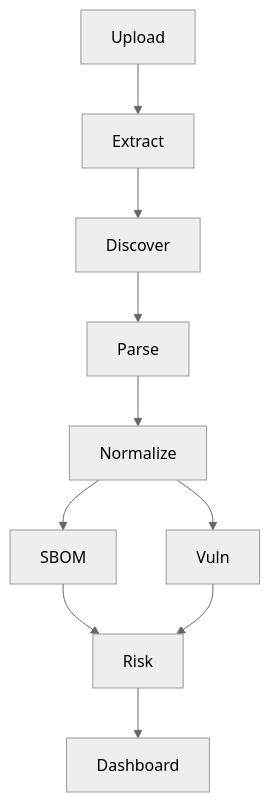
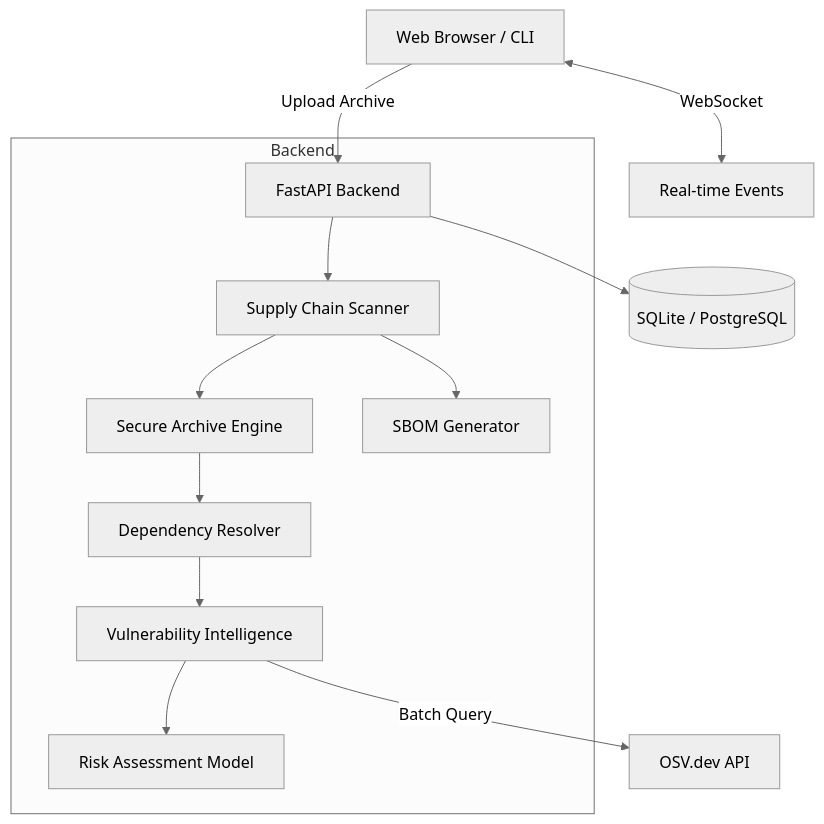
Before and after one commit to shauryamalhotra957-wq/codesupply: the first of 2 diagrams in README.md, drawn with Mermaid (neutral theme). The commit also changed other lines of this file and 26 other files, not shown here.

````diff
--- a/README.md
+++ b/README.md
@@ -37,12 +31,17 @@
 ```mermaid
 graph TD
-A[Upload] --> B[Extract]
-B --> C[Discover]
-C --> D[Parse]
-D --> E[Normalize]
-E --> F[SBOM]
-E --> G[Vuln]
-F --> H[Risk]
-G --> H
-H --> I[Dashboard]
+    Client[Web Browser / CLI] --> |Upload Archive| API[FastAPI Backend]
+    Client <--> |WebSocket| WebSocketHandler[Real-time Events]
+    
+    subgraph Backend
+        API --> Scanner[Supply Chain Scanner]
+        Scanner --> ArchiveEngine[Secure Archive Engine]
+        ArchiveEngine --> DependencyResolver[Dependency Resolver]
+        DependencyResolver --> VulnEngine[Vulnerability Intelligence]
+        VulnEngine --> RiskEngine[Risk Assessment Model]
+        Scanner --> SBOMGenerator[SBOM Generator]
+    end
+    
+    VulnEngine --> |Batch Query| OSV[OSV.dev API]
+    API --> DB[(SQLite / PostgreSQL)]
 ```
````
